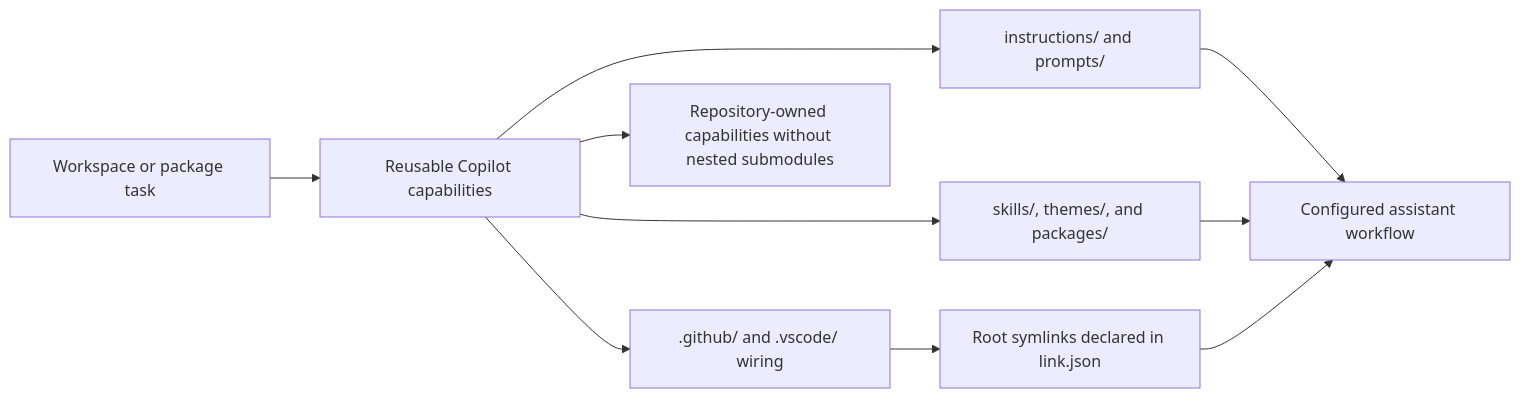
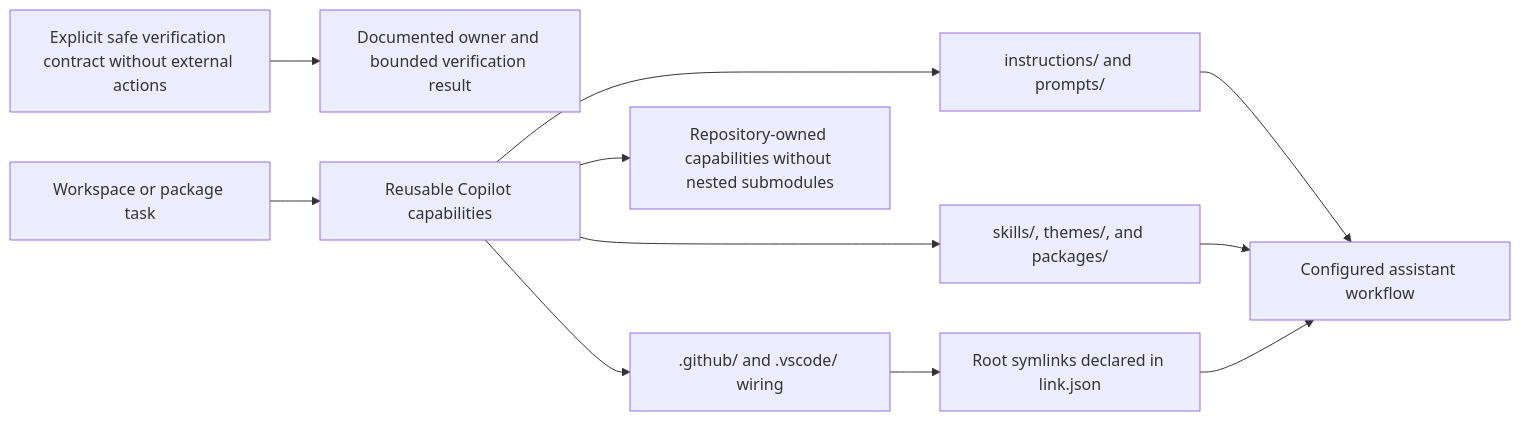
One commit to anoblet/copilot changed the diagram in readme.md. Above: the diagram before and after it, drawn with Mermaid. The commit also changed other lines of this file and 4 other files, not shown here.

Commit message:
test(copilot): define isolated verification contract

````diff
--- a/readme.md
+++ b/readme.md
@@ -13,12 +15,13 @@
 ```mermaid
 flowchart LR
+    SAFE10["Explicit safe verification contract without external actions"] --> SAFE10OUT["Documented owner and bounded verification result"]
     A["Workspace or package task"] --> B["Reusable Copilot capabilities"]
     B --> C["instructions/ and prompts/"]
     B --> D["skills/, themes/, and packages/"]
     B --> E[".github/ and .vscode/ wiring"]
     B --> S["Repository-owned capabilities without nested submodules"]
     E --> F["Root symlinks declared in link.json"]
     C --> G["Configured assistant workflow"]
     D --> G
     F --> G
 ```
````
